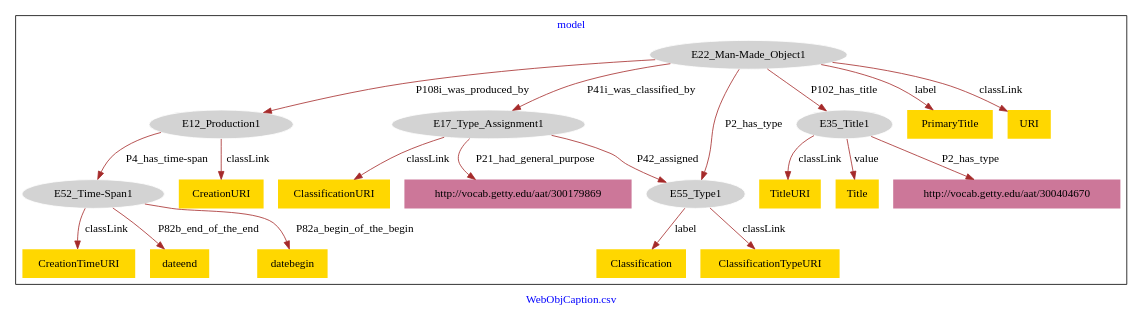
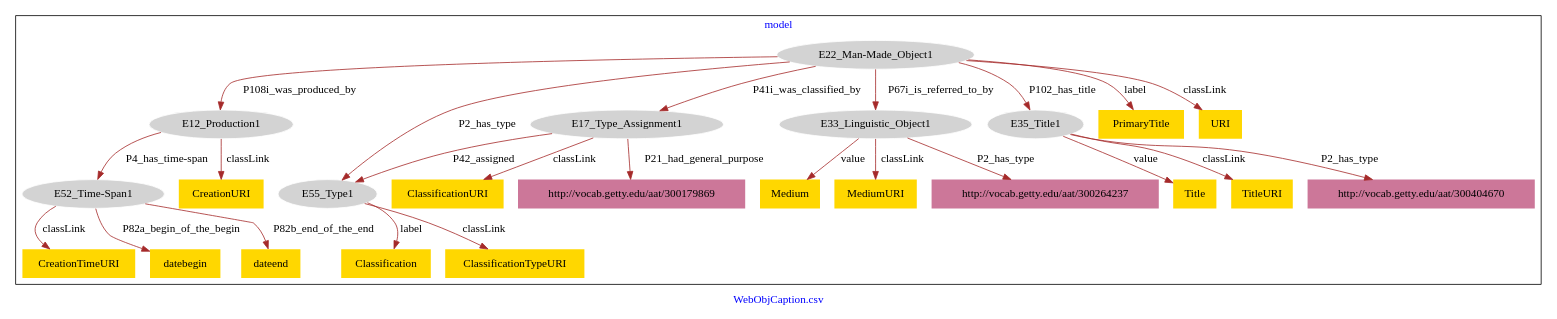
The diagram in Objects/WebObjCaption-model.dot (american-art/SAAM), drawn with Graphviz before and after one commit.

Commit message:
Update file WebObjCaption-model.dot

```diff
--- a/Objects/WebObjCaption-model.dot
+++ b/Objects/WebObjCaption-model.dot
@@ -1,46 +1,54 @@
 digraph n0 {
 fontcolor="blue"
 remincross="true"
 label="WebObjCaption.csv"
 subgraph cluster {
 label="model"
 n2[style="filled",color="white",fillcolor="lightgray",label="E12_Production1"];
 n3[style="filled",color="white",fillcolor="lightgray",label="E52_Time-Span1"];
 n4[style="filled",color="white",fillcolor="lightgray",label="E17_Type_Assignment1"];
 n5[style="filled",color="white",fillcolor="lightgray",label="E55_Type1"];
 n6[style="filled",color="white",fillcolor="lightgray",label="E22_Man-Made_Object1"];
-n7[style="filled",color="white",fillcolor="lightgray",label="E35_Title1"];
-n8[shape="plaintext",style="filled",fillcolor="gold",label="TitleURI"];
+n7[style="filled",color="white",fillcolor="lightgray",label="E33_Linguistic_Object1"];
+n8[style="filled",color="white",fillcolor="lightgray",label="E35_Title1"];
 n9[shape="plaintext",style="filled",fillcolor="gold",label="PrimaryTitle"];
-n10[shape="plaintext",style="filled",fillcolor="gold",label="ClassificationURI"];
-n11[shape="plaintext",style="filled",fillcolor="gold",label="CreationURI"];
-n12[shape="plaintext",style="filled",fillcolor="gold",label="Classification"];
+n10[shape="plaintext",style="filled",fillcolor="gold",label="CreationURI"];
+n11[shape="plaintext",style="filled",fillcolor="gold",label="Classification"];
+n12[shape="plaintext",style="filled",fillcolor="gold",label="Medium"];
 n13[shape="plaintext",style="filled",fillcolor="gold",label="Title"];
-n14[shape="plaintext",style="filled",fillcolor="gold",label="datebegin"];
-n15[shape="plaintext",style="filled",fillcolor="gold",label="ClassificationTypeURI"];
-n16[shape="plaintext",style="filled",fillcolor="gold",label="CreationTimeURI"];
-n17[shape="plaintext",style="filled",fillcolor="gold",label="dateend"];
-n18[shape="plaintext",style="filled",fillcolor="gold",label="URI"];
-n19[shape="plaintext",style="filled",fillcolor="#CC7799",label="http://vocab.getty.edu/aat/300404670"];
-n20[shape="plaintext",style="filled",fillcolor="#CC7799",label="http://vocab.getty.edu/aat/300179869"];
+n14[shape="plaintext",style="filled",fillcolor="gold",label="MediumURI"];
+n15[shape="plaintext",style="filled",fillcolor="gold",label="datebegin"];
+n16[shape="plaintext",style="filled",fillcolor="gold",label="dateend"];
+n17[shape="plaintext",style="filled",fillcolor="gold",label="TitleURI"];
+n18[shape="plaintext",style="filled",fillcolor="gold",label="ClassificationURI"];
+n19[shape="plaintext",style="filled",fillcolor="gold",label="ClassificationTypeURI"];
+n20[shape="plaintext",style="filled",fillcolor="gold",label="CreationTimeURI"];
+n21[shape="plaintext",style="filled",fillcolor="gold",label="URI"];
+n22[shape="plaintext",style="filled",fillcolor="#CC7799",label="http://vocab.getty.edu/aat/300404670"];
+n23[shape="plaintext",style="filled",fillcolor="#CC7799",label="http://vocab.getty.edu/aat/300264237"];
+n24[shape="plaintext",style="filled",fillcolor="#CC7799",label="http://vocab.getty.edu/aat/300179869"];
 }
 n2 -> n3[color="brown",fontcolor="black",label="P4_has_time-span"]
 n4 -> n5[color="brown",fontcolor="black",label="P42_assigned"]
 n6 -> n2[color="brown",fontcolor="black",label="P108i_was_produced_by"]
 n6 -> n4[color="brown",fontcolor="black",label="P41i_was_classified_by"]
-n6 -> n7[color="brown",fontcolor="black",label="P102_has_title"]
-n7 -> n8[color="brown",fontcolor="black",label="classLink"]
+n6 -> n7[color="brown",fontcolor="black",label="P67i_is_referred_to_by"]
+n6 -> n8[color="brown",fontcolor="black",label="P102_has_title"]
 n6 -> n9[color="brown",fontcolor="black",label="label"]
-n4 -> n10[color="brown",fontcolor="black",label="classLink"]
-n2 -> n11[color="brown",fontcolor="black",label="classLink"]
-n5 -> n12[color="brown",fontcolor="black",label="label"]
-n7 -> n13[color="brown",fontcolor="black",label="value"]
-n3 -> n14[color="brown",fontcolor="black",label="P82a_begin_of_the_begin"]
-n5 -> n15[color="brown",fontcolor="black",label="classLink"]
-n3 -> n16[color="brown",fontcolor="black",label="classLink"]
-n3 -> n17[color="brown",fontcolor="black",label="P82b_end_of_the_end"]
-n6 -> n18[color="brown",fontcolor="black",label="classLink"]
+n2 -> n10[color="brown",fontcolor="black",label="classLink"]
+n5 -> n11[color="brown",fontcolor="black",label="label"]
+n7 -> n12[color="brown",fontcolor="black",label="value"]
+n8 -> n13[color="brown",fontcolor="black",label="value"]
+n7 -> n14[color="brown",fontcolor="black",label="classLink"]
+n3 -> n15[color="brown",fontcolor="black",label="P82a_begin_of_the_begin"]
+n3 -> n16[color="brown",fontcolor="black",label="P82b_end_of_the_end"]
+n8 -> n17[color="brown",fontcolor="black",label="classLink"]
+n4 -> n18[color="brown",fontcolor="black",label="classLink"]
+n5 -> n19[color="brown",fontcolor="black",label="classLink"]
+n3 -> n20[color="brown",fontcolor="black",label="classLink"]
+n6 -> n21[color="brown",fontcolor="black",label="classLink"]
 n6 -> n5[color="brown",fontcolor="black",label="P2_has_type"]
-n7 -> n19[color="brown",fontcolor="black",label="P2_has_type"]
-n4 -> n20[color="brown",fontcolor="black",label="P21_had_general_purpose"]
+n8 -> n22[color="brown",fontcolor="black",label="P2_has_type"]
+n7 -> n23[color="brown",fontcolor="black",label="P2_has_type"]
+n4 -> n24[color="brown",fontcolor="black",label="P21_had_general_purpose"]
 }
```
